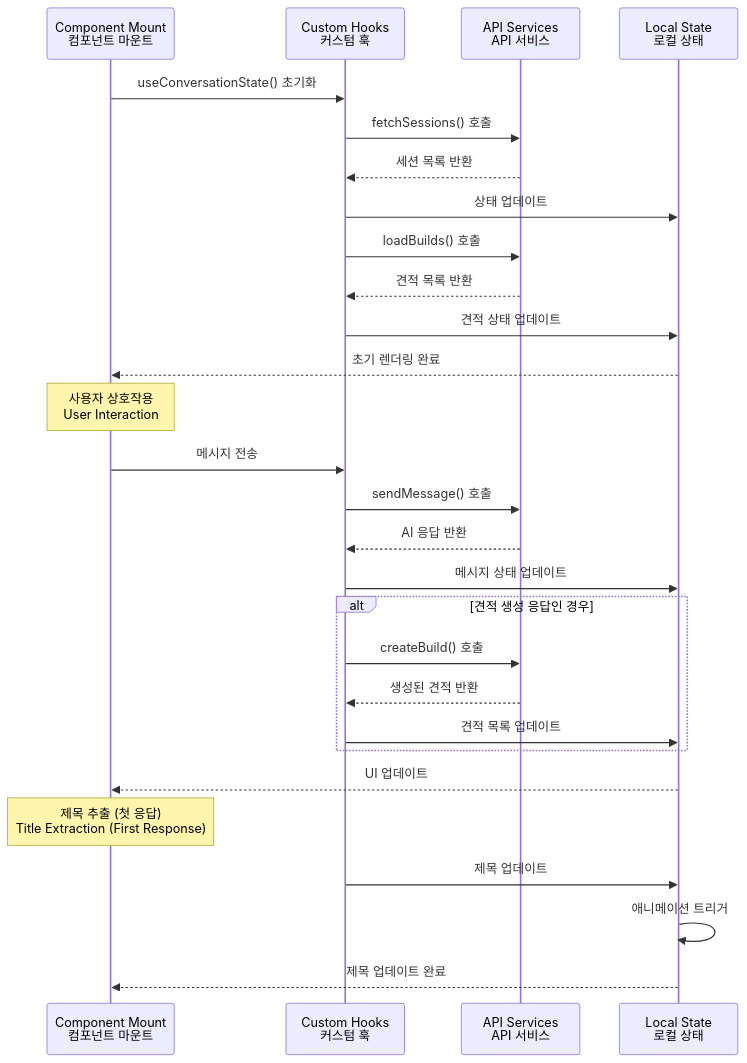
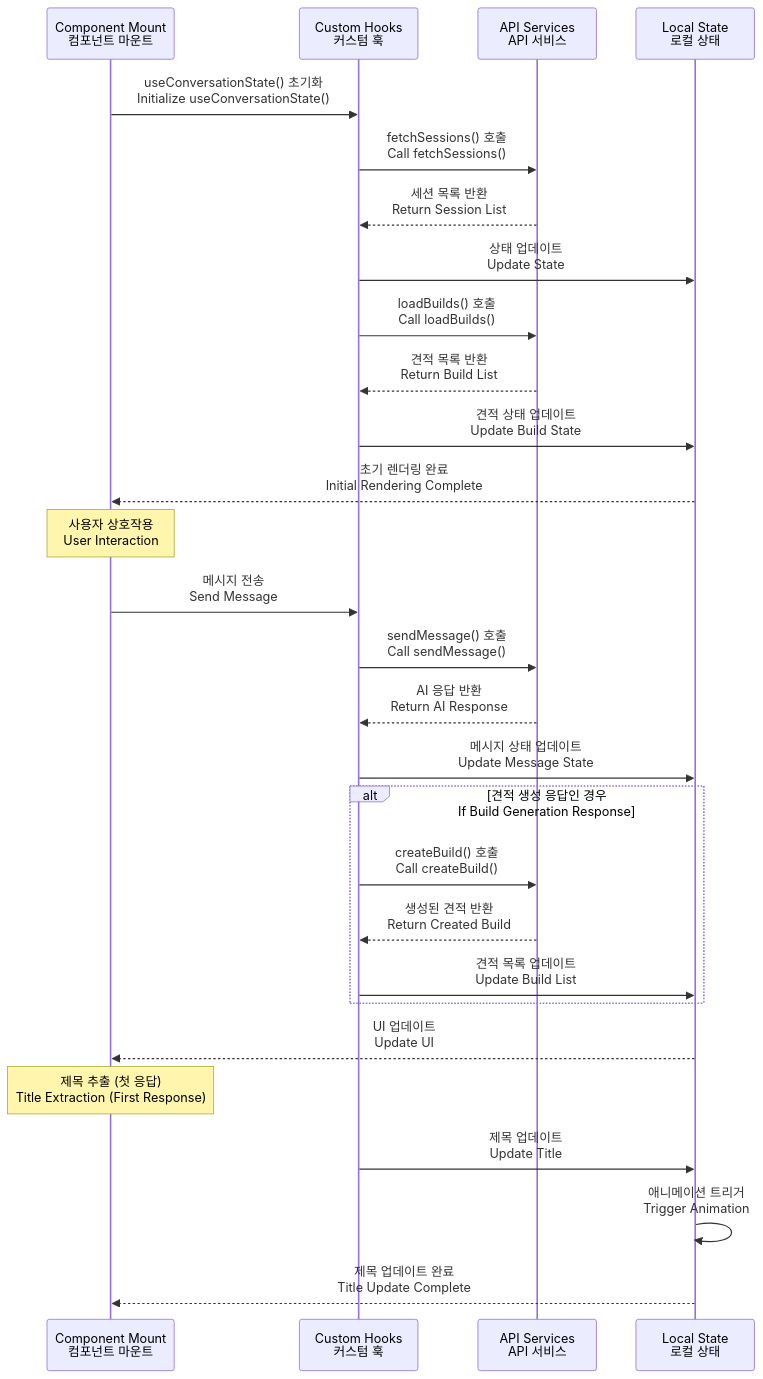
One commit to p0pular131/askspec-chat-assistant changed diagram 18 of 19 in docs/design-specification.md. Above: the diagram before and after it, drawn with Mermaid. The commit also changed other lines of this file and 1 other file, not shown here.

First line of the commit message:
Refactor: Adjust diagram layout for readability

````diff
--- a/docs/design-specification.md
+++ b/docs/design-specification.md
@@ -1194,39 +1224,39 @@
 ```mermaid
 sequenceDiagram
     participant Mount as Component Mount<br/>컴포넌트 마운트
     participant Hooks as Custom Hooks<br/>커스텀 훅
     participant API as API Services<br/>API 서비스
     participant State as Local State<br/>로컬 상태
 
-    Mount->>Hooks: useConversationState() 초기화
-    Hooks->>API: fetchSessions() 호출
-    API-->>Hooks: 세션 목록 반환
-    Hooks->>State: 상태 업데이트
+    Mount->>Hooks: useConversationState() 초기화<br/>Initialize useConversationState()
+    Hooks->>API: fetchSessions() 호출<br/>Call fetchSessions()
+    API-->>Hooks: 세션 목록 반환<br/>Return Session List
+    Hooks->>State: 상태 업데이트<br/>Update State
     
-    Hooks->>API: loadBuilds() 호출
-    API-->>Hooks: 견적 목록 반환
-    Hooks->>State: 견적 상태 업데이트
+    Hooks->>API: loadBuilds() 호출<br/>Call loadBuilds()
+    API-->>Hooks: 견적 목록 반환<br/>Return Build List
+    Hooks->>State: 견적 상태 업데이트<br/>Update Build State
     
-    State-->>Mount: 초기 렌더링 완료
+    State-->>Mount: 초기 렌더링 완료<br/>Initial Rendering Complete
     
     Note over Mount: 사용자 상호작용<br/>User Interaction
     
-    Mount->>Hooks: 메시지 전송
-    Hooks->>API: sendMessage() 호출
-    API-->>Hooks: AI 응답 반환
-    Hooks->>State: 메시지 상태 업데이트
+    Mount->>Hooks: 메시지 전송<br/>Send Message
+    Hooks->>API: sendMessage() 호출<br/>Call sendMessage()
+    API-->>Hooks: AI 응답 반환<br/>Return AI Response
+    Hooks->>State: 메시지 상태 업데이트<br/>Update Message State
     
-    alt 견적 생성 응답인 경우
-        Hooks->>API: createBuild() 호출
-        API-->>Hooks: 생성된 견적 반환
-        Hooks->>State: 견적 목록 업데이트
+    alt 견적 생성 응답인 경우<br/>If Build Generation Response
+        Hooks->>API: createBuild() 호출<br/>Call createBuild()
+        API-->>Hooks: 생성된 견적 반환<br/>Return Created Build
+        Hooks->>State: 견적 목록 업데이트<br/>Update Build List
     end
     
-    State-->>Mount: UI 업데이트
+    State-->>Mount: UI 업데이트<br/>Update UI
     
     Note over Mount: 제목 추출 (첫 응답)<br/>Title Extraction (First Response)
     
-    Hooks->>State: 제목 업데이트
-    State->>State: 애니메이션 트리거
-    State-->>Mount: 제목 업데이트 완료
+    Hooks->>State: 제목 업데이트<br/>Update Title
+    State->>State: 애니메이션 트리거<br/>Trigger Animation
+    State-->>Mount: 제목 업데이트 완료<br/>Title Update Complete
 ```
````
